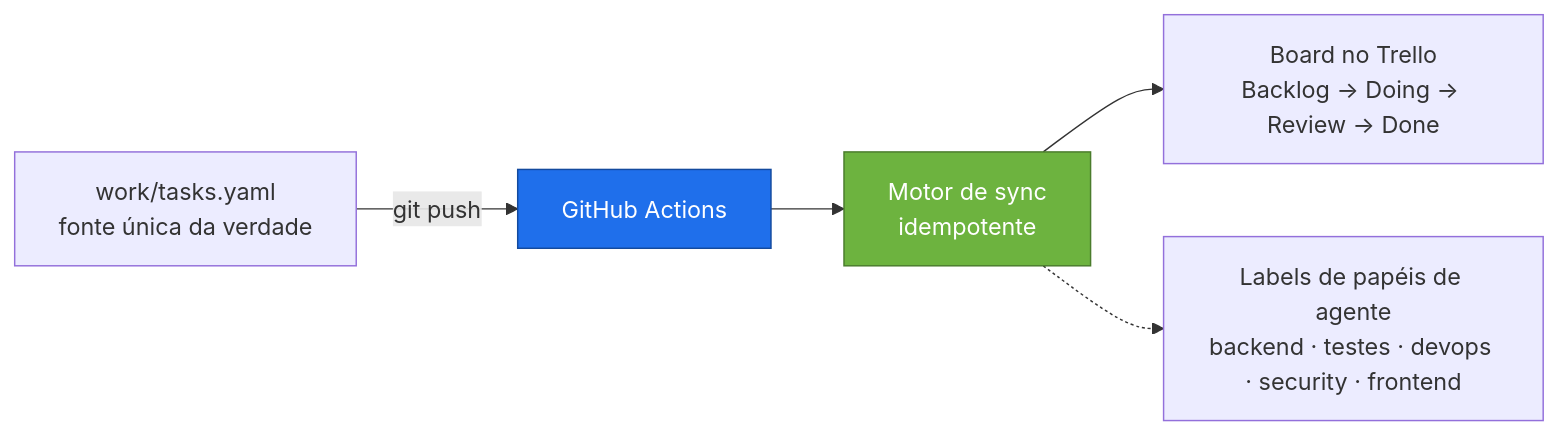
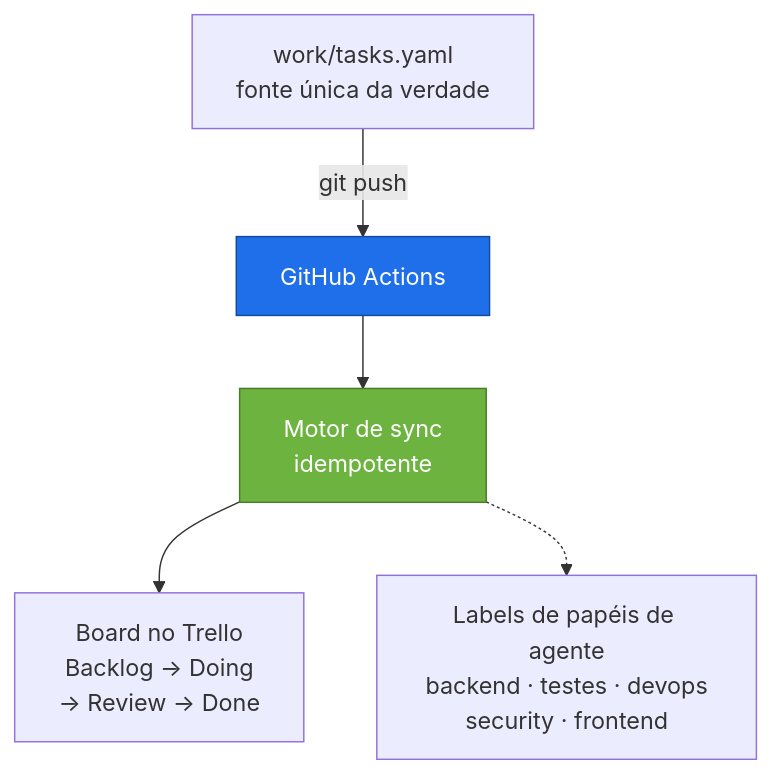
Before and after one commit to danilofranco1990/danilofranco1990: the second of 2 diagrams in README.pt-BR.md, drawn with Mermaid. The commit also changed other lines of this file and 1 other file, not shown here.

Commit message:
Vira os diagramas Mermaid para orientacao vertical
Na coluna de README do GitHub (~690px) os flowcharts LR estouravam a
largura e os nos finais ficavam cortados atras dos controles de zoom.
Em TB cada nivel tem no maximo dois nos lado a lado e cabe inteiro.

````diff
--- a/README.pt-BR.md
+++ b/README.pt-BR.md
@@ -110,10 +110,10 @@
 ```mermaid
-flowchart LR
+flowchart TB
     Y["work/tasks.yaml<br/>fonte única da verdade"] -->|"git push"| GA["GitHub Actions"]
     GA --> SY["Motor de sync<br/>idempotente"]
-    SY --> TR["Board no Trello<br/>Backlog → Doing → Review → Done"]
-    SY -.-> LB["Labels de papéis de agente<br/>backend · testes · devops · security · frontend"]
+    SY --> TR["Board no Trello<br/>Backlog → Doing<br/>→ Review → Done"]
+    SY -.-> LB["Labels de papéis de agente<br/>backend · testes · devops<br/>security · frontend"]
 
     style GA fill:#1F6FEB,stroke:#134a9e,color:#fff
     style SY fill:#6DB33F,stroke:#4A7C2C,color:#fff
 ```
````
